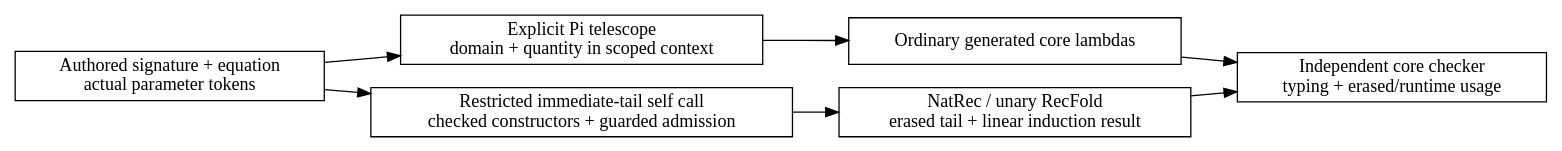
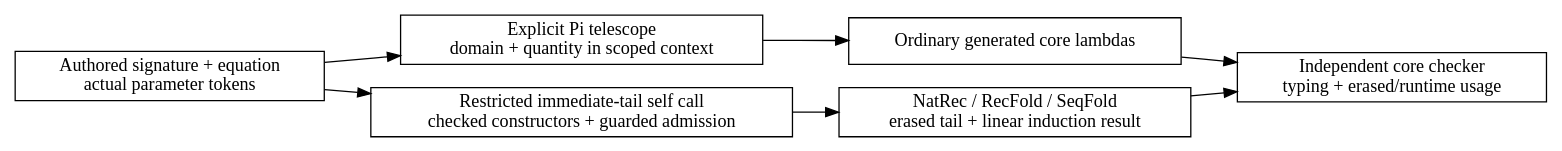
Before and after one commit to odunboye/fibril: the diagram in docs/diagrams/function-equations.dot, drawn with Graphviz. The commit also changed 7 other files, not shown here.

```diff
--- a/docs/diagrams/function-equations.dot
+++ b/docs/diagrams/function-equations.dot
@@ -1,12 +1,12 @@
 digraph FunctionEquations {
   rankdir=LR;
   node [shape=box];
   source [label="Authored signature + equation\nactual parameter tokens"];
   pi [label="Explicit Pi telescope\ndomain + quantity in scoped context"];
   body [label="Ordinary generated core lambdas"];
   structural [label="Restricted immediate-tail self call\nchecked constructors + guarded admission"];
-  fold [label="NatRec / unary RecFold\nerased tail + linear induction result"];
+  fold [label="NatRec / RecFold / SeqFold\nerased tail + linear induction result"];
   check [label="Independent core checker\ntyping + erased/runtime usage"];
   source -> pi -> body -> check;
   source -> structural -> fold -> check;
 }
```
